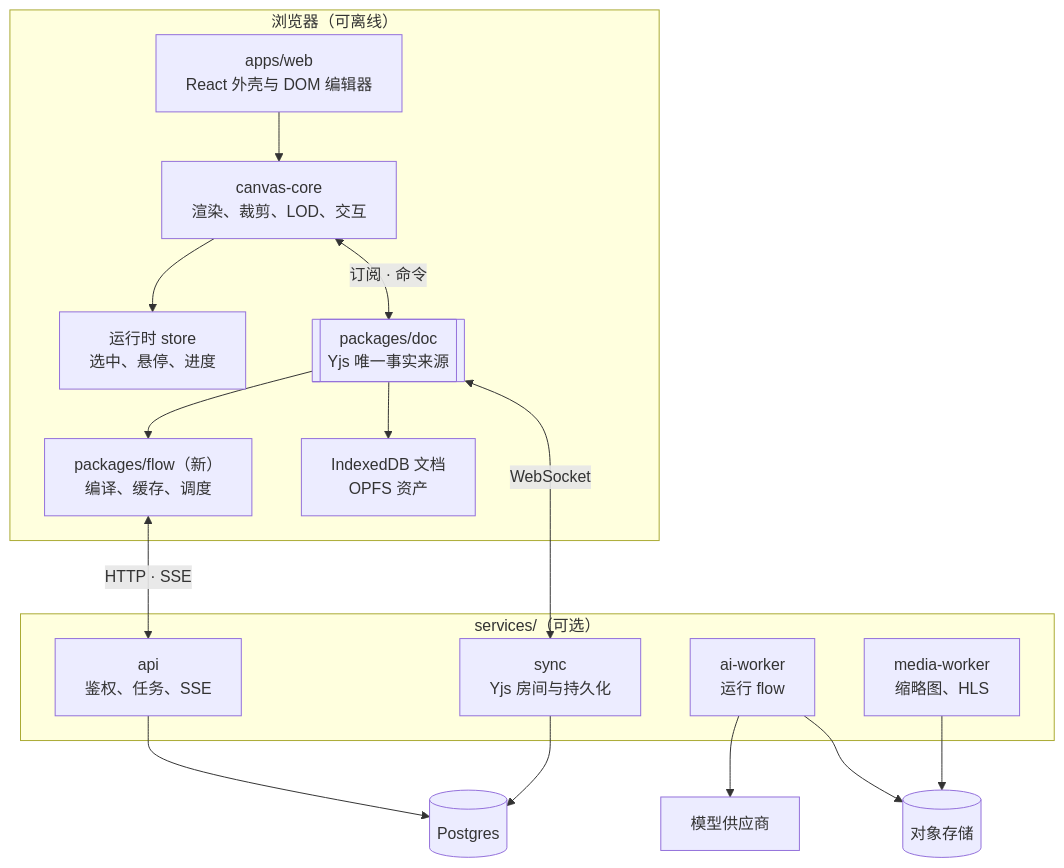
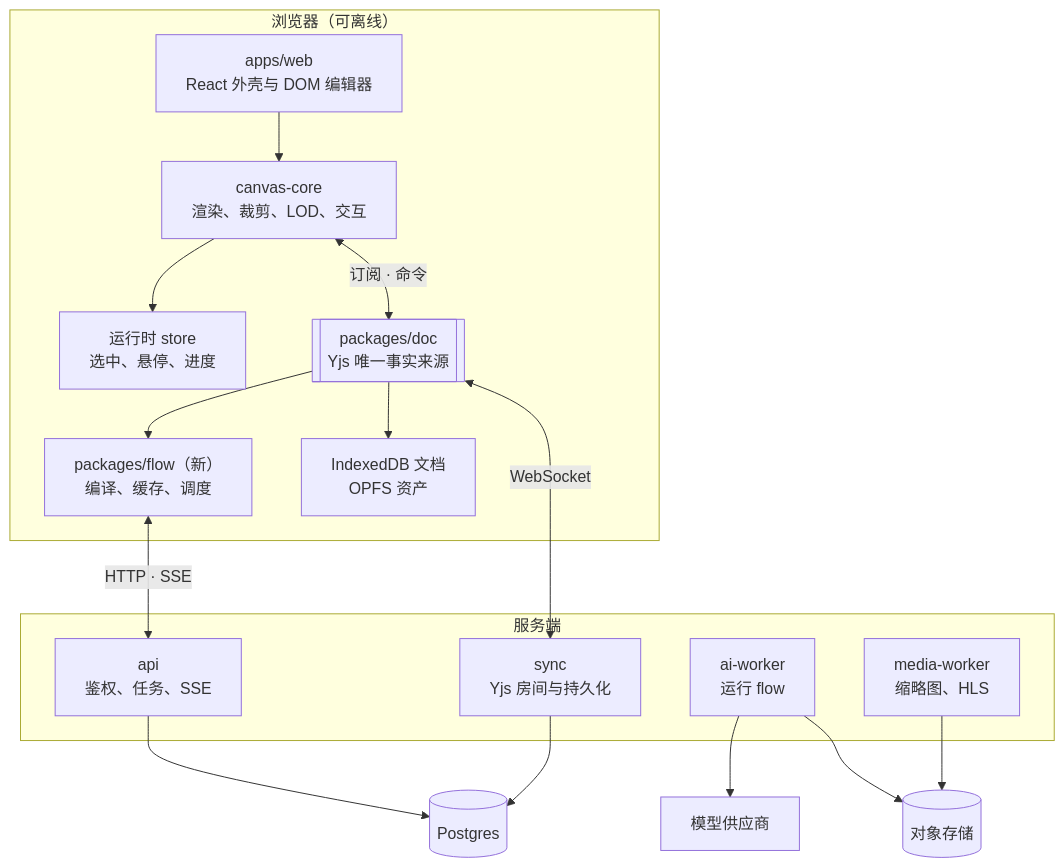
Before and after one commit to hoobnn/plein: the diagram in docs/architecture.md, drawn with Mermaid. The commit also changed other lines of this file and 5 other files, not shown here.

````diff
--- a/docs/architecture.md
+++ b/docs/architecture.md
@@ -38,35 +38,35 @@
 ```mermaid
 flowchart TB
   subgraph browser["浏览器（可离线）"]
     web["apps/web<br/>React 外壳与 DOM 编辑器"]
     core["canvas-core<br/>渲染、裁剪、LOD、交互"]
     store["运行时 store<br/>选中、悬停、进度"]
     flow["packages/flow（新）<br/>编译、缓存、调度"]
     doc[["packages/doc<br/>Yjs 唯一事实来源"]]
     local["IndexedDB 文档<br/>OPFS 资产"]
     web --> core
     core --> store
     core <-->|订阅 · 命令| doc
     doc --> flow
     doc --> local
   end
 
-  subgraph server["services/（可选）"]
+  subgraph server["服务端"]
     api["api<br/>鉴权、任务、SSE"]
     sync["sync<br/>Yjs 房间与持久化"]
     ai["ai-worker<br/>运行 flow"]
     media["media-worker<br/>缩略图、HLS"]
   end
 
   pg[("Postgres")]
   s3[("对象存储")]
   prov["模型供应商"]
 
   flow <-->|HTTP · SSE| api
   doc <-->|WebSocket| sync
   api --> pg
   sync --> pg
   ai --> prov
   ai --> s3
   media --> s3
 ```
````
